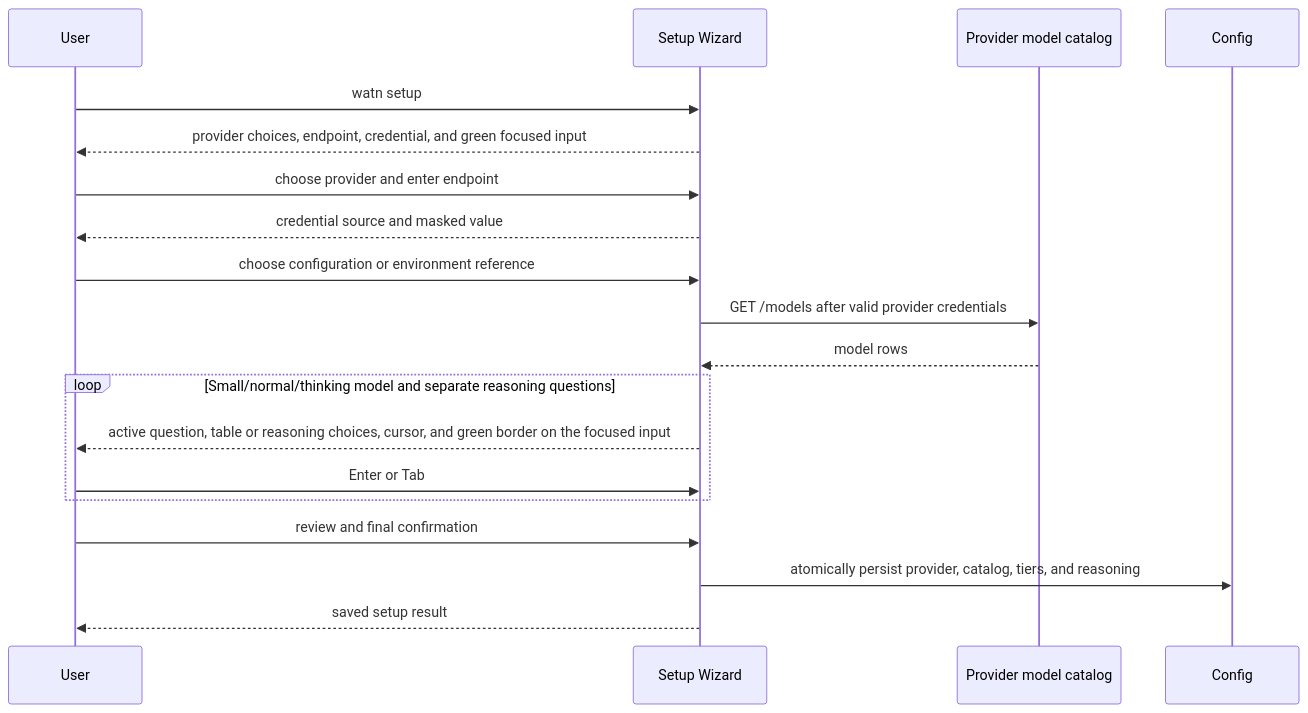
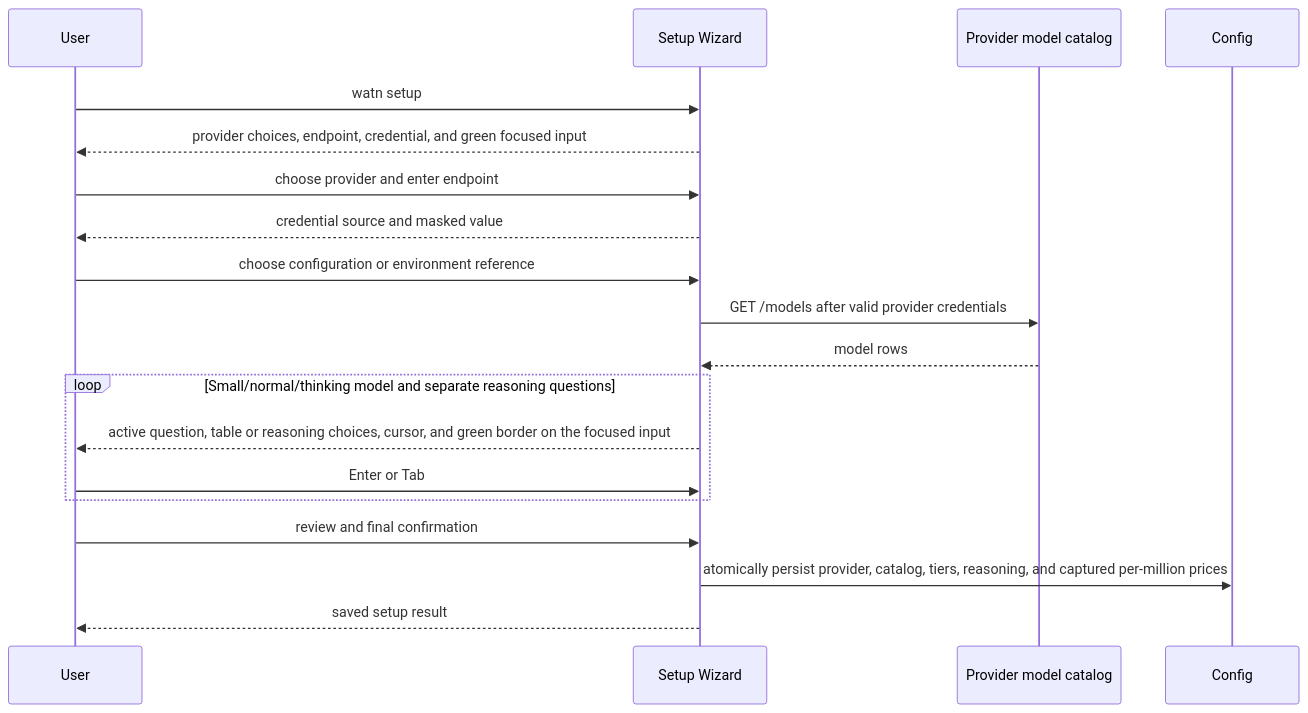
Diagram 19 of 26 in docs/arc42/06-runtime-view.md (buster/watn), drawn with Mermaid before and after one commit. The commit also changed other lines of this file and 13 other files, not shown here.

````diff
--- a/docs/arc42/06-runtime-view.md
+++ b/docs/arc42/06-runtime-view.md
@@ -784,22 +784,22 @@
 ```mermaid
 sequenceDiagram
     participant User as User
     participant Wizard as Setup Wizard
     participant Catalog as Provider model catalog
     participant Config as Config
 
     User->>Wizard: watn setup
     Wizard-->>User: provider choices, endpoint, credential, and green focused input
     User->>Wizard: choose provider and enter endpoint
     Wizard-->>User: credential source and masked value
     User->>Wizard: choose configuration or environment reference
     Wizard->>Catalog: GET /models after valid provider credentials
     Catalog-->>Wizard: model rows
     loop Small/normal/thinking model and separate reasoning questions
         Wizard-->>User: active question, table or reasoning choices, cursor, and green border on the focused input
         User->>Wizard: Enter or Tab
     end
     User->>Wizard: review and final confirmation
-    Wizard->>Config: atomically persist provider, catalog, tiers, and reasoning
+    Wizard->>Config: atomically persist provider, catalog, tiers, reasoning, and captured per-million prices
     Wizard-->>User: saved setup result
 ```
````
